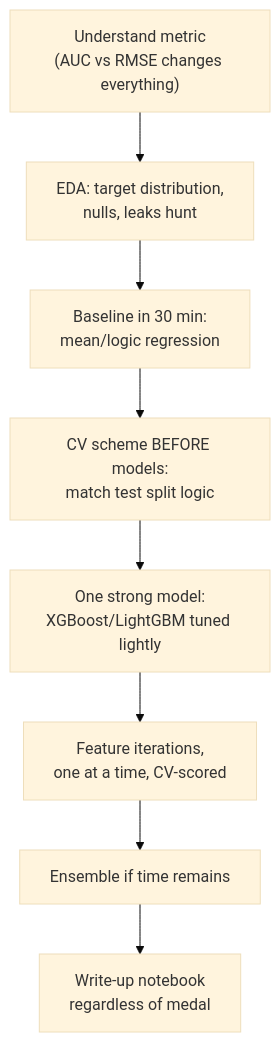
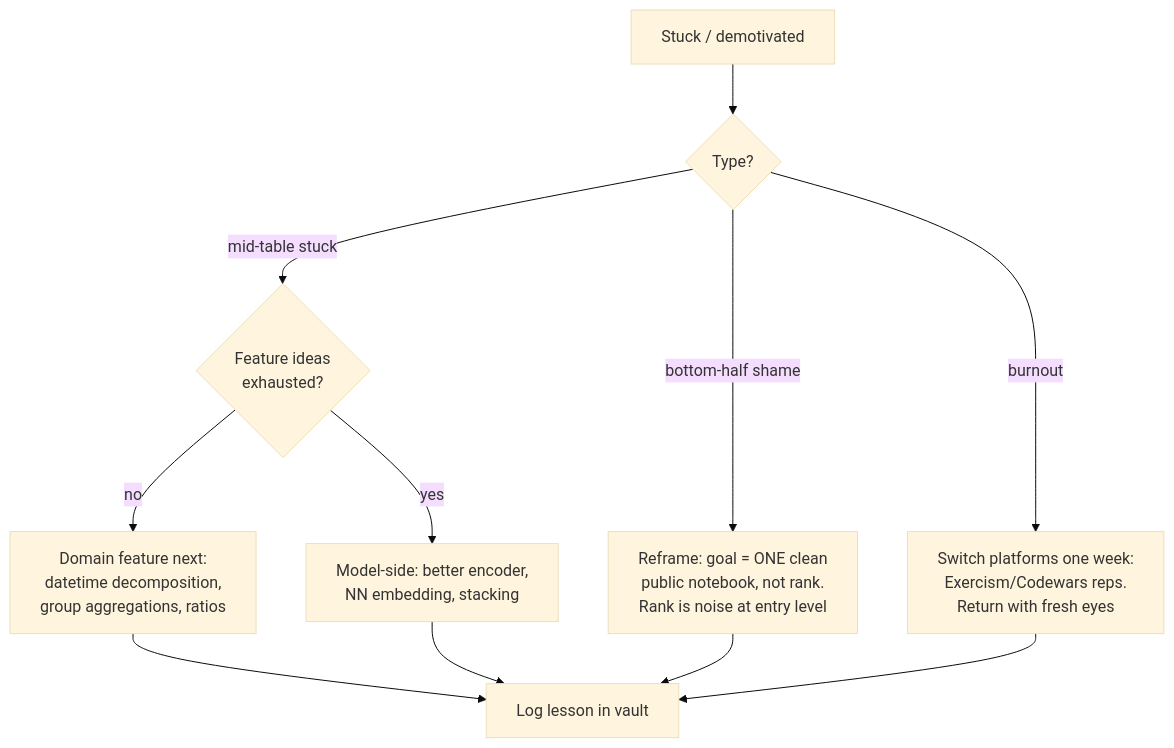
The second of 2 diagrams in wiki/modules/data-science/kaggle-and-practice-guide.md (Anirudh-2810/Second-Brain), drawn with Mermaid (base theme) before and after one commit. The commit also changed other lines of this file and 10 other files, not shown here.

Commit message:
feat: deep-edition batches 2-3 - 10 more pages (MLE roadmap, ML interview, math, python path, kaggle, self-teach, question bank, MOOCs, frameworks, topics)

````diff
--- a/wiki/modules/data-science/kaggle-and-practice-guide.md
+++ b/wiki/modules/data-science/kaggle-and-practice-guide.md
@@ -27,10 +75,10 @@
 ```mermaid
 flowchart TD
-    A["Understand metric<br/>(AUC vs RMSE changes everything)"] --> B["EDA: target distribution,<br/>nulls, leaks hunt"]
-    B --> C["Baseline in 30 min:<br/>mean/logic regression"]
-    C --> D["CV scheme BEFORE models:<br/>match test split logic"]
-    D --> E["One strong model:<br/>XGBoost/LightGBM tuned lightly"]
-    E --> F["Feature iterations,<br/>one at a time, CV-scored"]
-    F --> G["Ensemble if time remains"]
-    G --> H["Write-up notebook<br/>regardless of medal"]
+    S["Stuck / demotivated"] --> T{"Type?"}
+    T -->|"mid-table stuck"| F{"Feature ideas<br/>exhausted?"}
+    F -->|"no"| FE["Domain feature next:<br/>datetime decomposition,<br/>group aggregations, ratios"]
+    F -->|"yes"| EN["Model-side: better encoder,<br/>NN embedding, stacking"]
+    T -->|"bottom-half shame"| M["Reframe: goal = ONE clean<br/>public notebook, not rank.<br/>Rank is noise at entry level"]
+    T -->|"burnout"| P["Switch platforms one week:<br/>Exercism/Codewars reps.<br/>Return with fresh eyes"]
+    FE & EN & M & P --> L["Log lesson in vault"]
 ```
````
